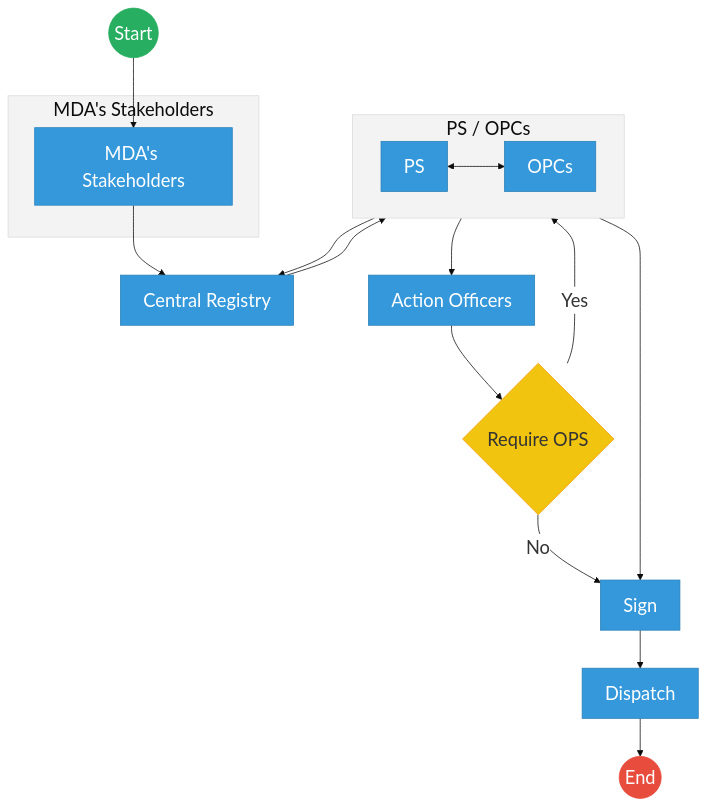
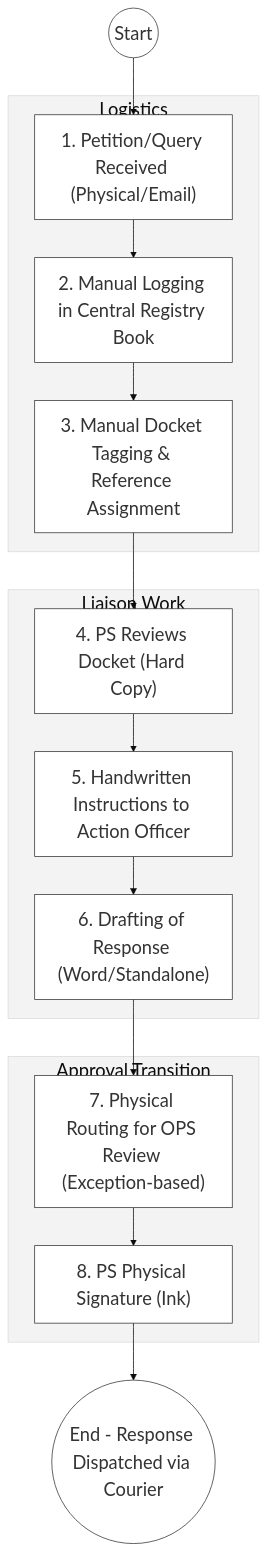
One commit to BITZ-IT-Consulting-LTD/ictapoc changed the first of 2 diagrams in mdas/docs_final/priority_mdas/STATE_DEPARTMENT_FOR_PARLIAMENTARY_AFFAIRS___Service_Delivery.md. Above: the diagram before and after it, drawn with Mermaid. The commit also changed other lines of this file and 37 other files, not shown here.

````diff
--- a/mdas/docs_final/priority_mdas/STATE_DEPARTMENT_FOR_PARLIAMENTARY_AFFAIRS___Service_Delivery.md
+++ b/mdas/docs_final/priority_mdas/STATE_DEPARTMENT_FOR_PARLIAMENTARY_AFFAIRS___Service_Delivery.md
@@ -32,50 +77,23 @@
 ```mermaid
 %%{init: { 'theme': 'base', 'themeVariables': { 'fontSize': '24px', 'fontFamily': 'Inter, system-ui, sans-serif', 'primaryColor': '#ffffff', 'edgeLabelBackground':'#ffffff', 'tertiaryColor': '#f3f3f3', 'mainBkg': '#ffffff', 'nodeBorder': '#333333' } } }%%
 flowchart TD
-    Start((Start))
-    EndProcess(("End"))
- 
-    subgraph Stakeholders ["MDA's Stakeholders"]
-        Submit["MDA's Stakeholders"]
+    Start((Start)) --> Submit["1. Petition/Query Received (Physical/Email)"]
+    
+    subgraph Registry_Silo["Logistics"]
+        Submit --> Log["2. Manual Logging in Central Registry Book"]
+        Log --> Ref["3. Manual Docket Tagging & Reference Assignment"]
     end
- 
-    CentralRegistry["Central Registry"]
- 
-    subgraph PSLayer ["PS / OPCs"]
-        direction LR
-        PS["PS"]
-        OPCs["OPCs"]
-        PS <--> OPCs
+
+    subgraph Review_Silo["Liaison Work"]
+        Ref --> PS["4. PS Reviews Docket (Hard Copy)"]
+        PS --> Action["5. Handwritten Instructions to Action Officer"]
+        Action --> Draft["6. Drafting of Response (Word/Standalone)"]
     end
- 
-    ActionOfficers["Action Officers"]
- 
-    RequireOPS{"Require OPS"}
- 
-    Sign["Sign"]
-    Dispatch["Dispatch"]
- 
-    Start --> Submit
-    Submit --> CentralRegistry
-    OPCs --> CentralRegistry
-    CentralRegistry --> PS
-    PS --> ActionOfficers
-    ActionOfficers --> RequireOPS
- 
-    RequireOPS -- "No" --> Sign
-    RequireOPS -- "Yes" --> OPCs
-    OPCs --> Sign
- 
-    Sign --> Dispatch
-    Dispatch --> EndProcess
- 
-    classDef startEvent fill:#27ae60,stroke:#27ae60,color:#fff,font-size:24px;
-    classDef endEvent fill:#e74c3c,stroke:#e74c3c,color:#fff,font-size:24px;
-    classDef userTask fill:#3498db,stroke:#2980b9,color:#fff,font-size:24px;
-    classDef gateway fill:#f1c40f,stroke:#f39c12,color:#333,font-size:24px;
- 
-    class Start startEvent;
-    class EndProcess endEvent;
-    class RequireOPS gateway;
-    class Submit,CentralRegistry,PS,OPCs,ActionOfficers,Sign,Dispatch userTask;
+
+    subgraph Signoff_Layer["Approval Transition"]
+        Draft --> OPS["7. Physical Routing for OPS Review (Exception-based)"]
+        OPS --> Sign["8. PS Physical Signature (Ink)"]
+    end
+
+    Sign --> EndProcess(("End - Response Dispatched via Courier"))
 ```
````
